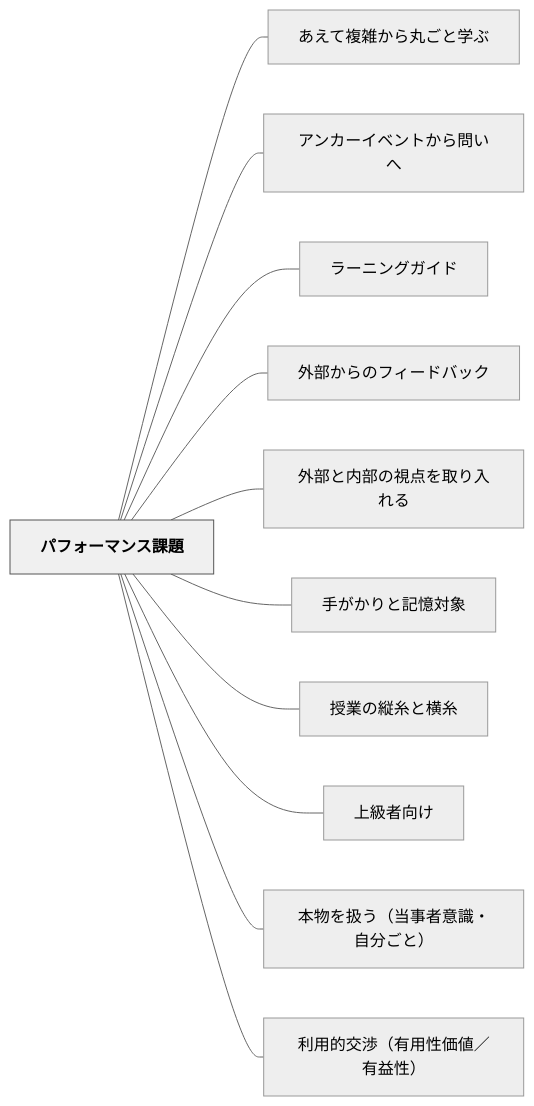
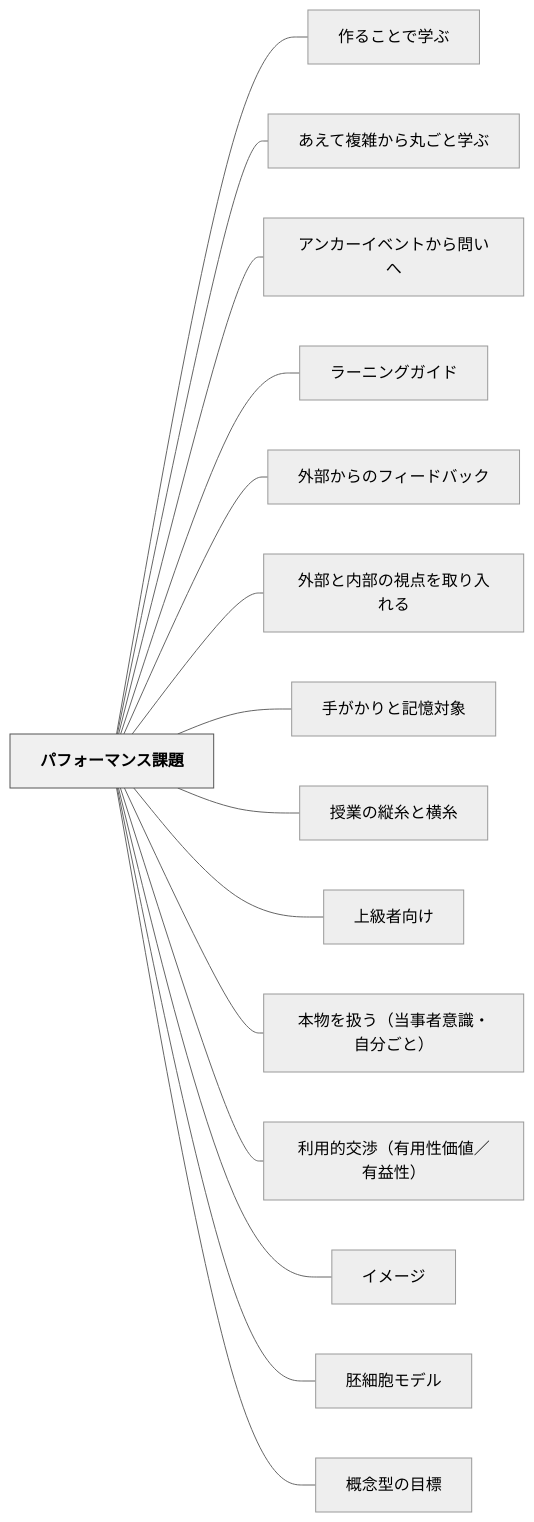
Before and after one commit to unknownthings-ed-patterns/unknownthings-ed-patterns: the diagram in content/パタン/パフォーマンス課題.md, drawn with Mermaid (neutral theme). The commit also changed other lines of this file and 100 other files, not shown here.

````diff
--- a/content/パタン/パフォーマンス課題.md
+++ b/content/パタン/パフォーマンス課題.md
@@ -86,28 +87,36 @@
 ```mermaid
 flowchart LR
     ne38391e38395e382a9e383bce3839ee383b3e382b9e8aab2e9a18c["パフォーマンス課題"]
+    ne4bd9ce3828be38193e381a8e381a7e5ada6e381b6["作ることで学ぶ"]
     ne38182e38188e381a6e8a487e99b91e3818be38289e4b8b8e38194e381a8e5ada6e381b6["あえて複雑から丸ごと学ぶ"]
     ne382a2e383b3e382abe383bce382a4e38399e383b3e38388e3818be38289e5958fe38184e381b8["アンカーイベントから問いへ"]
     ne383a9e383bce3838be383b3e382b0e382ace382a4e38389["ラーニングガイド"]
     ne5a496e983a8e3818be38289e381aee38395e382a3e383bce38389e38390e38383e382af["外部からのフィードバック"]
     ne5a496e983a8e381a8e58685e983a8e381aee8a696e782b9e38292e58f96e3828ae585a5e3828ce3828b["外部と内部の視点を取り入れる"]
     ne6898be3818ce3818be3828ae381a8e8a898e686b6e5afbee8b1a1["手がかりと記憶対象"]
     ne68e88e6a5ade381aee7b8a6e7b3b8e381a8e6a8aae7b3b8["授業の縦糸と横糸"]
     ne4b88ae7b49ae88085e59091e38191["上級者向け"]
     ne69cace789a9e38292e689b1e38186efbc88e5bd93e4ba8be88085e6848fe8ad98e383bbe887aae58886e38194e381a8efbc89["本物を扱う（当事者意識・自分ごと）"]
     ne588a9e794a8e79a84e4baa4e6b889efbc88e69c89e794a8e680a7e4bea1e580a4efbc8fe69c89e79b8ae680a7efbc89["利用的交渉（有用性価値／有益性）"]
+    ne382a4e383a1e383bce382b8["イメージ"]
+    ne8839ae7b4b0e8839ee383a2e38387e383ab["胚細胞モデル"]
+    ne6a682e5bfb5e59e8be381aee79baee6a899["概念型の目標"]
 
+    ne38391e38395e382a9e383bce3839ee383b3e382b9e8aab2e9a18c --- ne4bd9ce3828be38193e381a8e381a7e5ada6e381b6
     ne38391e38395e382a9e383bce3839ee383b3e382b9e8aab2e9a18c --- ne38182e38188e381a6e8a487e99b91e3818be38289e4b8b8e38194e381a8e5ada6e381b6
     ne38391e38395e382a9e383bce3839ee383b3e382b9e8aab2e9a18c --- ne382a2e383b3e382abe383bce382a4e38399e383b3e38388e3818be38289e5958fe38184e381b8
     ne38391e38395e382a9e383bce3839ee383b3e382b9e8aab2e9a18c --- ne383a9e383bce3838be383b3e382b0e382ace382a4e38389
     ne38391e38395e382a9e383bce3839ee383b3e382b9e8aab2e9a18c --- ne5a496e983a8e3818be38289e381aee38395e382a3e383bce38389e38390e38383e382af
     ne38391e38395e382a9e383bce3839ee383b3e382b9e8aab2e9a18c --- ne5a496e983a8e381a8e58685e983a8e381aee8a696e782b9e38292e58f96e3828ae585a5e3828ce3828b
     ne38391e38395e382a9e383bce3839ee383b3e382b9e8aab2e9a18c --- ne6898be3818ce3818be3828ae381a8e8a898e686b6e5afbee8b1a1
     ne38391e38395e382a9e383bce3839ee383b3e382b9e8aab2e9a18c --- ne68e88e6a5ade381aee7b8a6e7b3b8e381a8e6a8aae7b3b8
     ne38391e38395e382a9e383bce3839ee383b3e382b9e8aab2e9a18c --- ne4b88ae7b49ae88085e59091e38191
     ne38391e38395e382a9e383bce3839ee383b3e382b9e8aab2e9a18c --- ne69cace789a9e38292e689b1e38186efbc88e5bd93e4ba8be88085e6848fe8ad98e383bbe887aae58886e38194e381a8efbc89
     ne38391e38395e382a9e383bce3839ee383b3e382b9e8aab2e9a18c --- ne588a9e794a8e79a84e4baa4e6b889efbc88e69c89e794a8e680a7e4bea1e580a4efbc8fe69c89e79b8ae680a7efbc89
+    ne38391e38395e382a9e383bce3839ee383b3e382b9e8aab2e9a18c --- ne382a4e383a1e383bce382b8
+    ne38391e38395e382a9e383bce3839ee383b3e382b9e8aab2e9a18c --- ne8839ae7b4b0e8839ee383a2e38387e383ab
+    ne38391e38395e382a9e383bce3839ee383b3e382b9e8aab2e9a18c --- ne6a682e5bfb5e59e8be381aee79baee6a899
 
     classDef hub fill:#f0f0f0,stroke:#555,color:#000,font-weight:bold
     class ne38391e38395e382a9e383bce3839ee383b3e382b9e8aab2e9a18c hub
 ```
````
